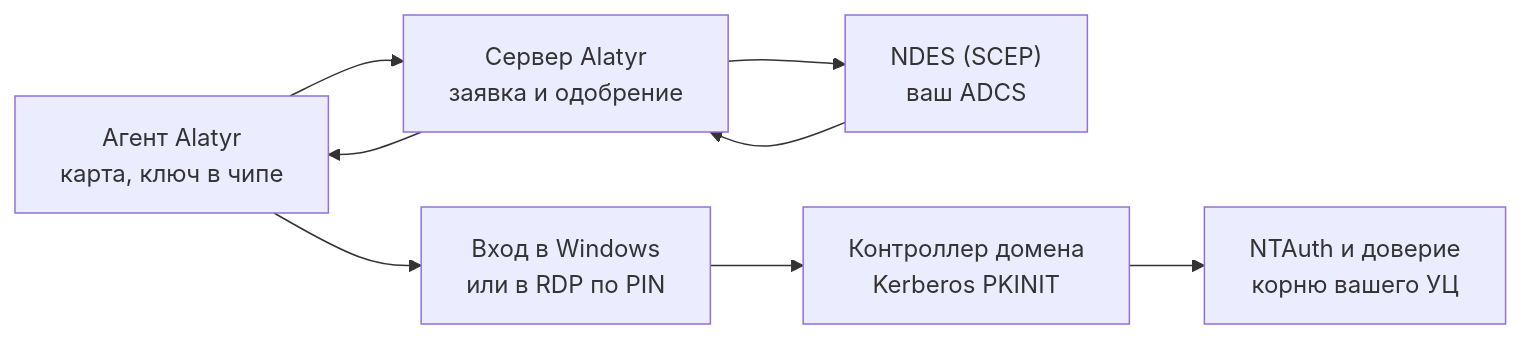
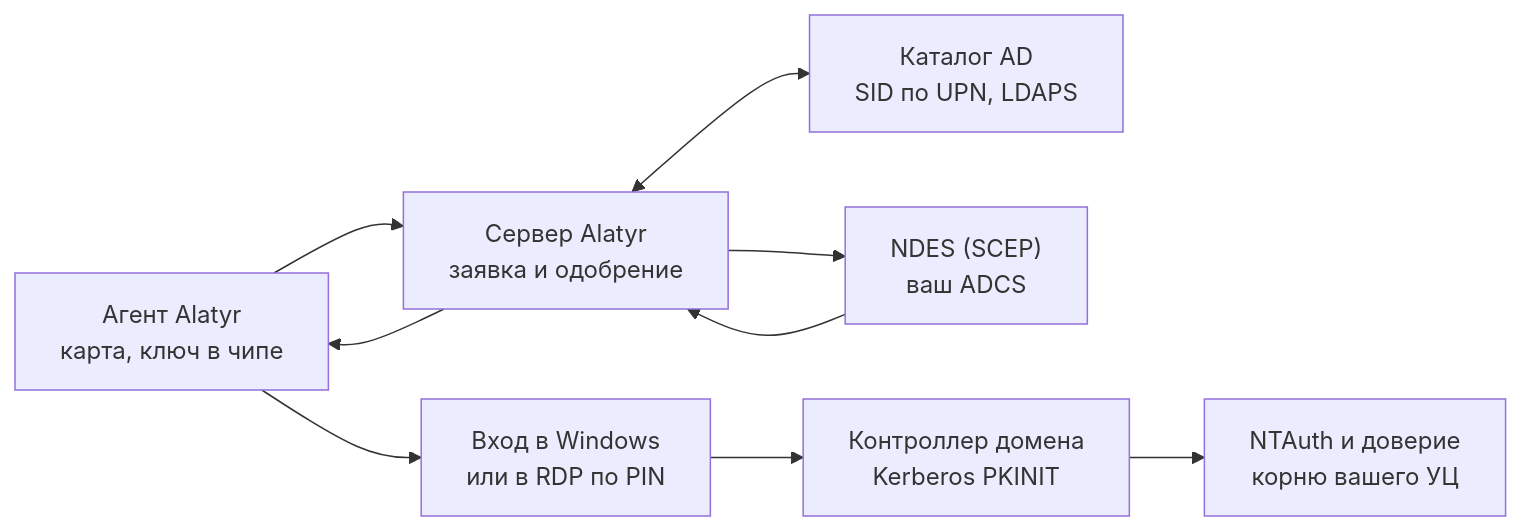
Before and after one commit to s3m4rgl/alatyr-docs: the diagram in docs/ad-logon/index.md, drawn with Mermaid. The commit also changed other lines of this file and 13 other files, not shown here.

First line of the commit message:
Вход по карте: откуда берутся UPN и SID

````diff
--- a/docs/ad-logon/index.md
+++ b/docs/ad-logon/index.md
@@ -28,10 +28,11 @@
 ```mermaid
 flowchart LR
     A["Агент Alatyr<br/>карта, ключ в чипе"] --> S["Сервер Alatyr<br/>заявка и одобрение"]
+    S <--> L["Каталог AD<br/>SID по UPN, LDAPS"]
     S --> N["NDES (SCEP)<br/>ваш ADCS"]
     N --> S
     S --> A
     A --> W["Вход в Windows<br/>или в RDP по PIN"]
     W --> D["Контроллер домена<br/>Kerberos PKINIT"]
     D --> T["NTAuth и доверие<br/>корню вашего УЦ"]
 ```
````
